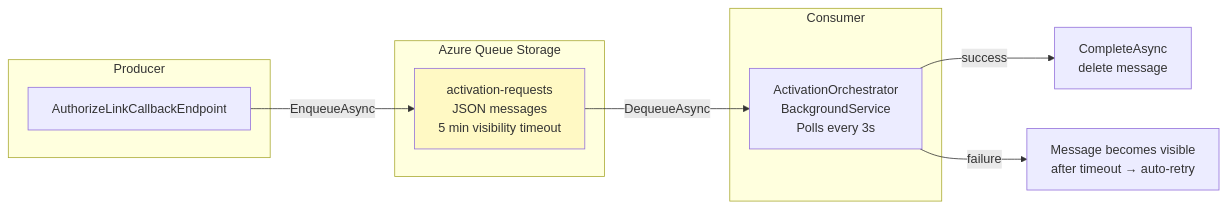
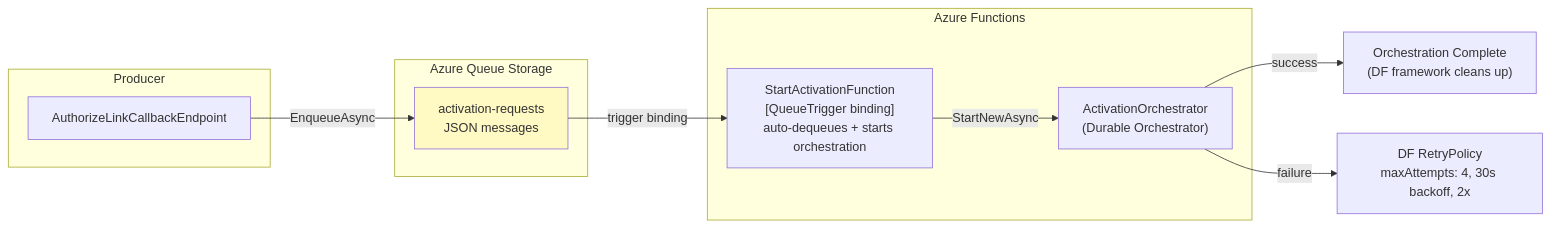
One commit to edward-rosado/jenisesells-website changed the second of 7 diagrams in docs/architecture/agent-activation-pipeline.md. Above: the diagram before and after it, drawn with Mermaid. The commit also changed other lines of this file and 124 other files, not shown here.

````diff
--- a/docs/architecture/agent-activation-pipeline.md
+++ b/docs/architecture/agent-activation-pipeline.md
@@ -72,21 +74,23 @@
 ```mermaid
 flowchart LR
     subgraph Producer
         A[AuthorizeLinkCallbackEndpoint]
     end
 
     subgraph Queue["Azure Queue Storage"]
-        Q[activation-requests<br/>JSON messages<br/>5 min visibility timeout]
+        Q[activation-requests<br/>JSON messages]
     end
 
-    subgraph Consumer
-        O[ActivationOrchestrator<br/>BackgroundService<br/>Polls every 3s]
+    subgraph Functions["Azure Functions"]
+        S["StartActivationFunction<br/>[QueueTrigger binding]<br/>auto-dequeues + starts orchestration"]
+        O["ActivationOrchestrator<br/>(Durable Orchestrator)"]
     end
 
     A -->|EnqueueAsync| Q
-    Q -->|DequeueAsync| O
-    O -->|success| D[CompleteAsync<br/>delete message]
-    O -->|failure| R[Message becomes visible<br/>after timeout → auto-retry]
+    Q -->|trigger binding| S
+    S -->|StartNewAsync| O
+    O -->|success| D["Orchestration Complete<br/>(DF framework cleans up)"]
+    O -->|failure| R["DF RetryPolicy<br/>maxAttempts: 4, 30s backoff, 2x"]
 
     style Q fill:#fff9c4
 ```
````
